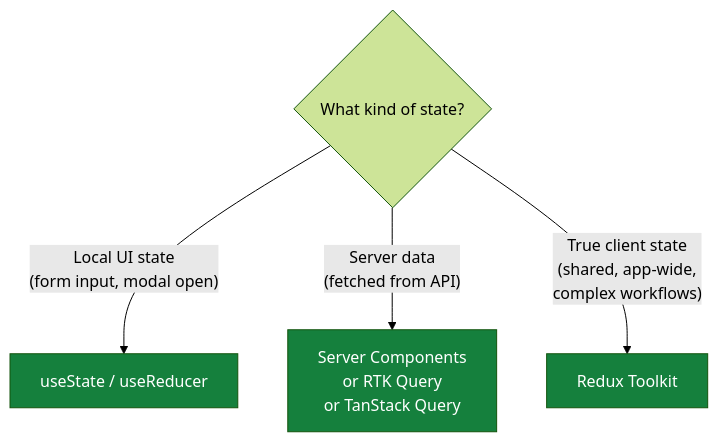
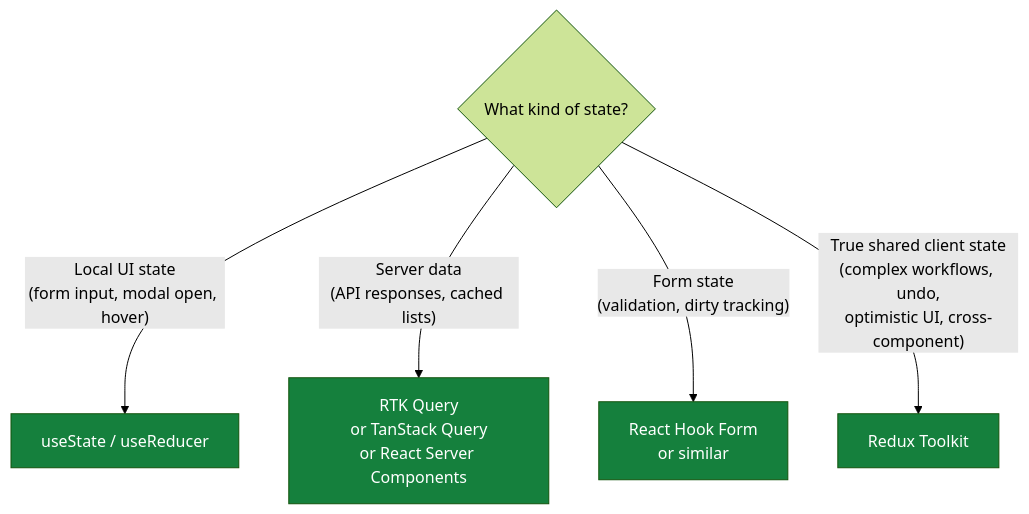
Before and after one commit to sunilmogadati/ai-fullstack-patterns: diagram 17 of 17 in docs/redux-toolkit.md, drawn with Mermaid (forest theme). The commit also changed other lines of this file, not shown here.

First line of the commit message:
Section 18 deep rewrite: what stays, what is replaced, Server Components scope, RTK Query

````diff
--- a/docs/redux-toolkit.md
+++ b/docs/redux-toolkit.md
@@ -1396,10 +1478,11 @@
 ```mermaid
 flowchart TD
     Q1{"What kind of state?"}
-    Q1 -->|"Local UI state<br/>(form input, modal open)"| Local["useState / useReducer"]
-    Q1 -->|"Server data<br/>(fetched from API)"| Server["Server Components<br/>or RTK Query<br/>or TanStack Query"]
-    Q1 -->|"True client state<br/>(shared, app-wide,<br/>complex workflows)"| Redux["Redux Toolkit"]
+    Q1 -->|"Local UI state<br/>(form input, modal open, hover)"| Local["useState / useReducer"]
+    Q1 -->|"Server data<br/>(API responses, cached lists)"| Server["RTK Query<br/>or TanStack Query<br/>or React Server Components"]
+    Q1 -->|"Form state<br/>(validation, dirty tracking)"| Form["React Hook Form<br/>or similar"]
+    Q1 -->|"True shared client state<br/>(complex workflows, undo,<br/>optimistic UI, cross-component)"| Redux["Redux Toolkit"]
 
     classDef good fill:#15803d,color:#fff
-    class Local,Server,Redux good
+    class Local,Server,Form,Redux good
 ```
````
